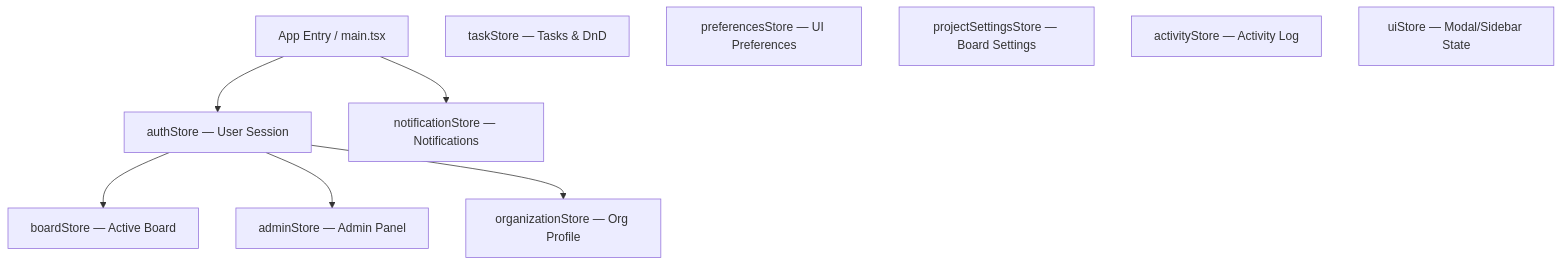
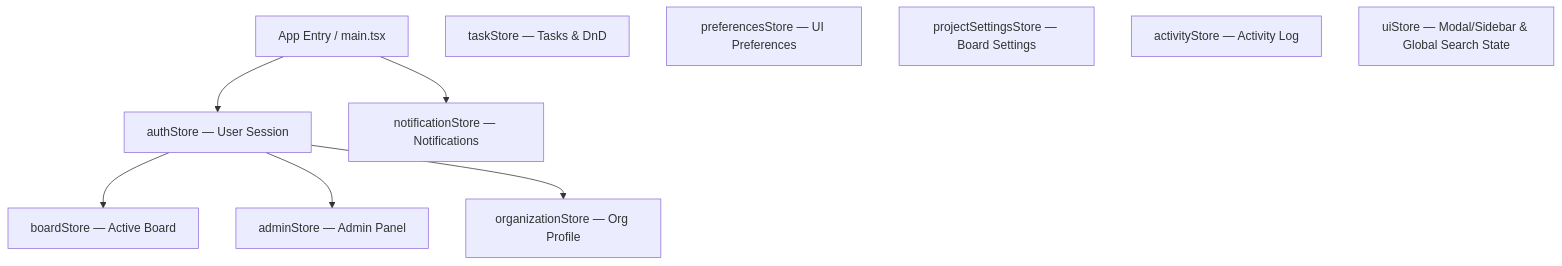
One commit to CoderArindam/kaio changed the first of 2 diagrams in docs/03_FRONTEND_ARCHITECTURE.md. Above: the diagram before and after it, drawn with Mermaid. The commit also changed other lines of this file and 10 other files, not shown here.

Commit message:
docs: updated comprehensive project documentation and technical architecture references

````diff
--- a/docs/03_FRONTEND_ARCHITECTURE.md
+++ b/docs/03_FRONTEND_ARCHITECTURE.md
@@ -153,20 +157,20 @@
 ```mermaid
 graph TD
     App[App Entry / main.tsx]
     AuthStore[authStore — User Session]
     BoardStore[boardStore — Active Board]
     TaskStore[taskStore — Tasks & DnD]
     NotifStore[notificationStore — Notifications]
     AdminStore[adminStore — Admin Panel]
     OrgStore[organizationStore — Org Profile]
     PrefStore[preferencesStore — UI Preferences]
     ProjStore[projectSettingsStore — Board Settings]
     ActStore[activityStore — Activity Log]
-    UIStore[uiStore — Modal/Sidebar State]
+    UIStore[uiStore — Modal/Sidebar & Global Search State]
 
     App --> AuthStore
     App --> NotifStore
     AuthStore --> BoardStore
     AuthStore --> AdminStore
     AuthStore --> OrgStore
 ```
````
